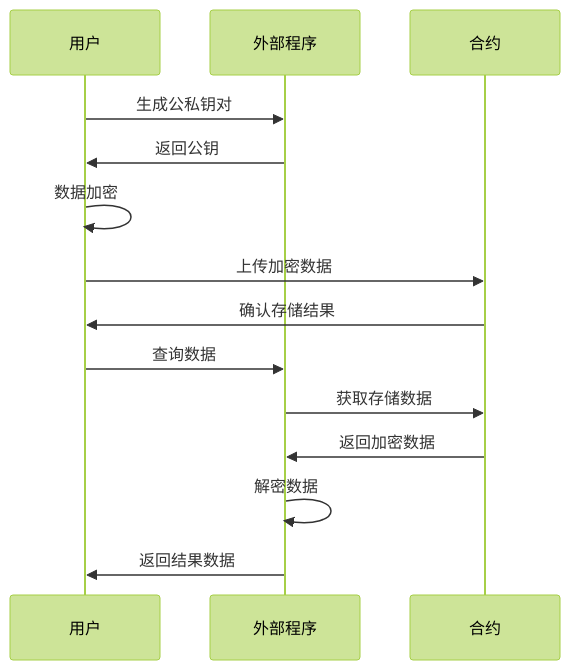
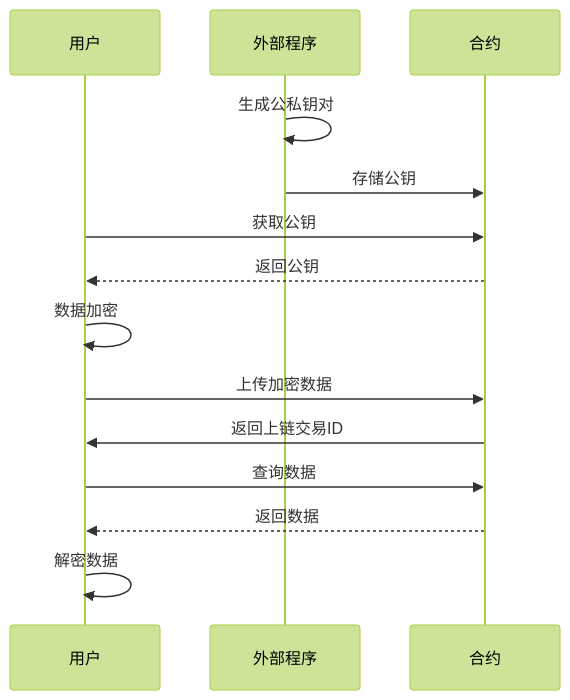
One commit to MoyunRz/store-data changed the third of 5 diagrams in doc/合约存取共享.md. Above: the diagram before and after it, drawn with Mermaid (forest theme). The commit also changed other lines of this file, not shown here.

Commit message:
设计新的架构图

````diff
--- a/doc/合约存取共享.md
+++ b/doc/合约存取共享.md
@@ -48,18 +48,18 @@
 ```mermaid
 sequenceDiagram
     participant 用户
     participant 外部程序
     participant 合约
 
-    用户->>外部程序: 生成公私钥对
-    外部程序->>用户: 返回公钥
+    外部程序->>外部程序: 生成公私钥对
+    外部程序->>合约: 存储公钥
+    用户->>合约: 获取公钥
+    合约-->>用户: 返回公钥
     用户->>用户: 数据加密
     用户->>合约: 上传加密数据
-    合约->>用户: 确认存储结果
-    用户->>外部程序: 查询数据
-    外部程序->>合约: 获取存储数据
-    合约->>外部程序: 返回加密数据
-    外部程序->>外部程序:解密数据
-    外部程序->>用户:返回结果数据
+    合约->>用户: 返回上链交易ID
+    用户->>合约: 查询数据
+    合约-->>用户: 返回数据
+    用户->>用户:解密数据
    
 ```
````
